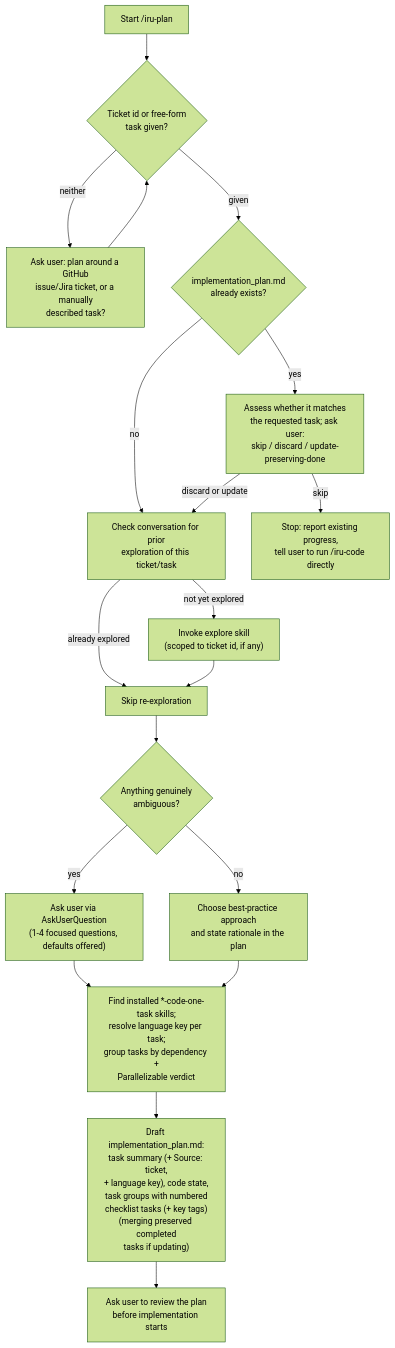
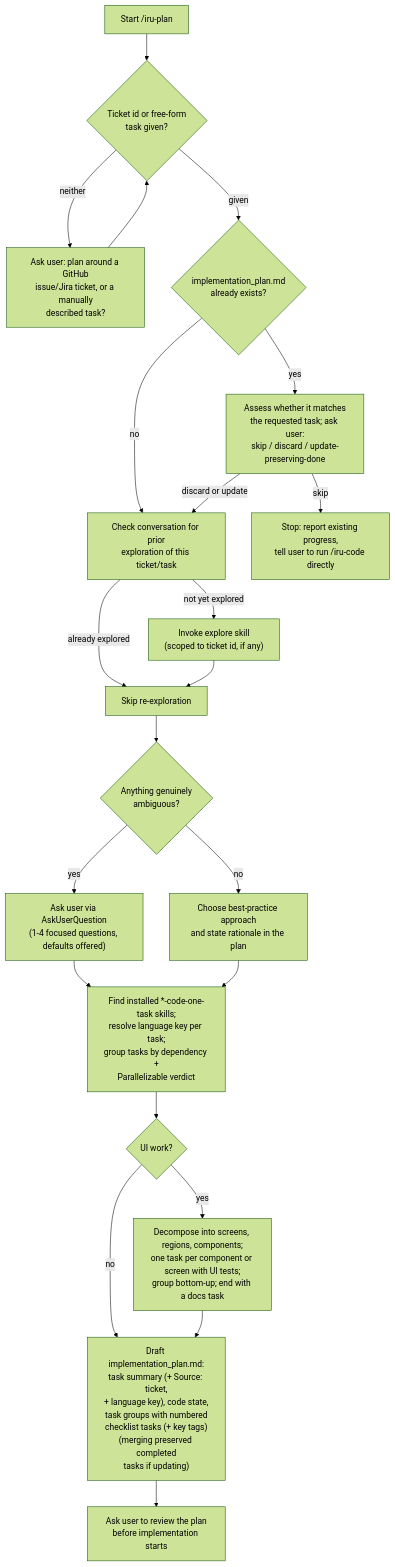
Before and after one commit to albertoirurueta/ai-catalog: the diagram in docs/modules/ROOT/pages/skills/iru-plan.adoc, drawn with Mermaid (forest theme). The commit also changed other lines of this file and 325 other files, not shown here.

```diff
--- a/docs/modules/ROOT/pages/skills/iru-plan.adoc
+++ b/docs/modules/ROOT/pages/skills/iru-plan.adoc
@@ -95,22 +104,26 @@
 [mermaid]
 ....
 flowchart TD
     A[Start /iru-plan] --> B{Ticket id or free-form\ntask given?}
     B -- neither --> C["Ask user: plan around a GitHub\nissue/Jira ticket, or a manually\ndescribed task?"]
     C --> B
     B -- given --> D{implementation_plan.md\nalready exists?}
     D -- no --> F
     D -- yes --> E["Assess whether it matches\nthe requested task; ask user:\nskip / discard / update-preserving-done"]
     E -- skip --> Z["Stop: report existing progress,\ntell user to run /iru-code directly"]
     E -- discard or update --> F["Check conversation for prior\nexploration of this ticket/task"]
     F -- already explored --> H[Skip re-exploration]
     F -- not yet explored --> G["Invoke explore skill\n(scoped to ticket id, if any)"]
     G --> H
     H --> I{Anything genuinely\nambiguous?}
     I -- yes --> J["Ask user via AskUserQuestion\n(1-4 focused questions, defaults offered)"]
     I -- no --> K["Choose best-practice approach\nand state rationale in the plan"]
     J --> L["Find installed *-code-one-task skills;\nresolve language key per task;\ngroup tasks by dependency +\nParallelizable verdict"]
     K --> L
-    L --> M["Draft implementation_plan.md:\ntask summary (+ Source: ticket,\n+ language key), code state,\ntask groups with numbered\nchecklist tasks (+ key tags)\n(merging preserved completed\ntasks if updating)"]
+    L --> UIN{"UI work?"}
+    UIN -- yes --> UIP["Decompose into screens, regions, components;\none task per component or screen with UI tests;\ngroup bottom-up; end with a docs task"]
+    UIN -- no --> M
+    UIP --> M
+    M["Draft implementation_plan.md:\ntask summary (+ Source: ticket,\n+ language key), code state,\ntask groups with numbered\nchecklist tasks (+ key tags)\n(merging preserved completed\ntasks if updating)"]
     M --> N["Ask user to review the plan\nbefore implementation starts"]
 ....
```
